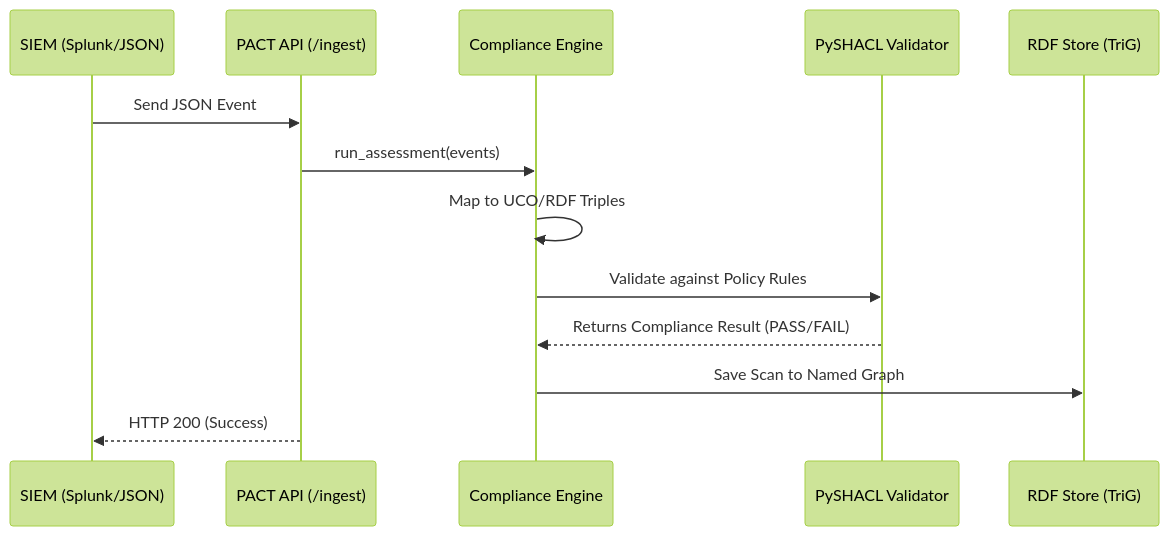
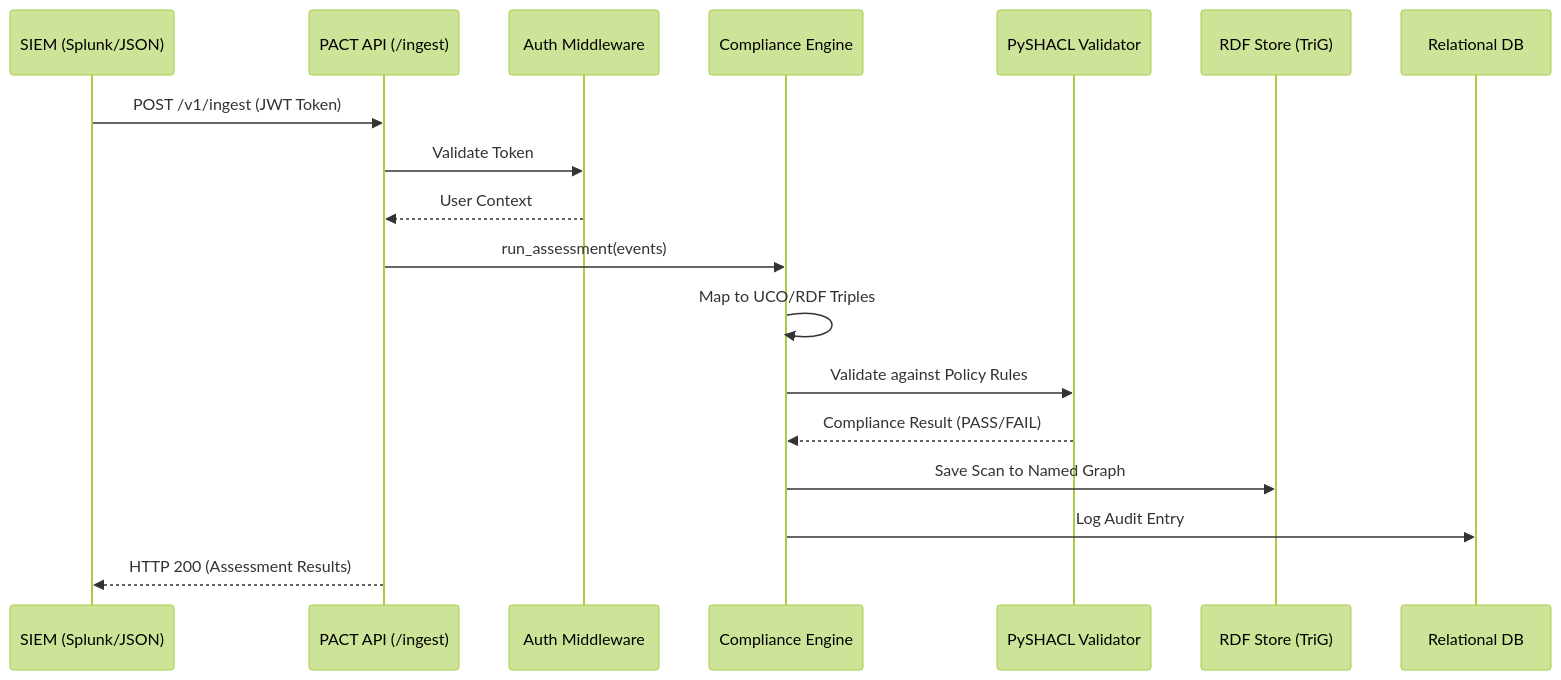
Before and after one commit to andreahall12/PACT-compliance-engine: the third of 12 diagrams in docs/architecture.md, drawn with Mermaid (forest theme). The commit also changed other lines of this file, not shown here.

First line of the commit message:
docs: Comprehensive architecture documentation update

````diff
--- a/docs/architecture.md
+++ b/docs/architecture.md
@@ -50,16 +149,21 @@
 ```mermaid
 sequenceDiagram
     participant SIEM as SIEM (Splunk/JSON)
     participant API as PACT API (/ingest)
+    participant Auth as Auth Middleware
     participant Engine as Compliance Engine
     participant SHACL as PySHACL Validator
-    participant DB as RDF Store (TriG)
+    participant Graph as RDF Store (TriG)
+    participant DB as Relational DB
 
-    SIEM->>API: Send JSON Event
+    SIEM->>API: POST /v1/ingest (JWT Token)
+    API->>Auth: Validate Token
+    Auth-->>API: User Context
     API->>Engine: run_assessment(events)
     Engine->>Engine: Map to UCO/RDF Triples
     Engine->>SHACL: Validate against Policy Rules
-    SHACL-->>Engine: Returns Compliance Result (PASS/FAIL)
-    Engine->>DB: Save Scan to Named Graph
-    API-->>SIEM: HTTP 200 (Success)
+    SHACL-->>Engine: Compliance Result (PASS/FAIL)
+    Engine->>Graph: Save Scan to Named Graph
+    Engine->>DB: Log Audit Entry
+    API-->>SIEM: HTTP 200 (Assessment Results)
 ```
````
